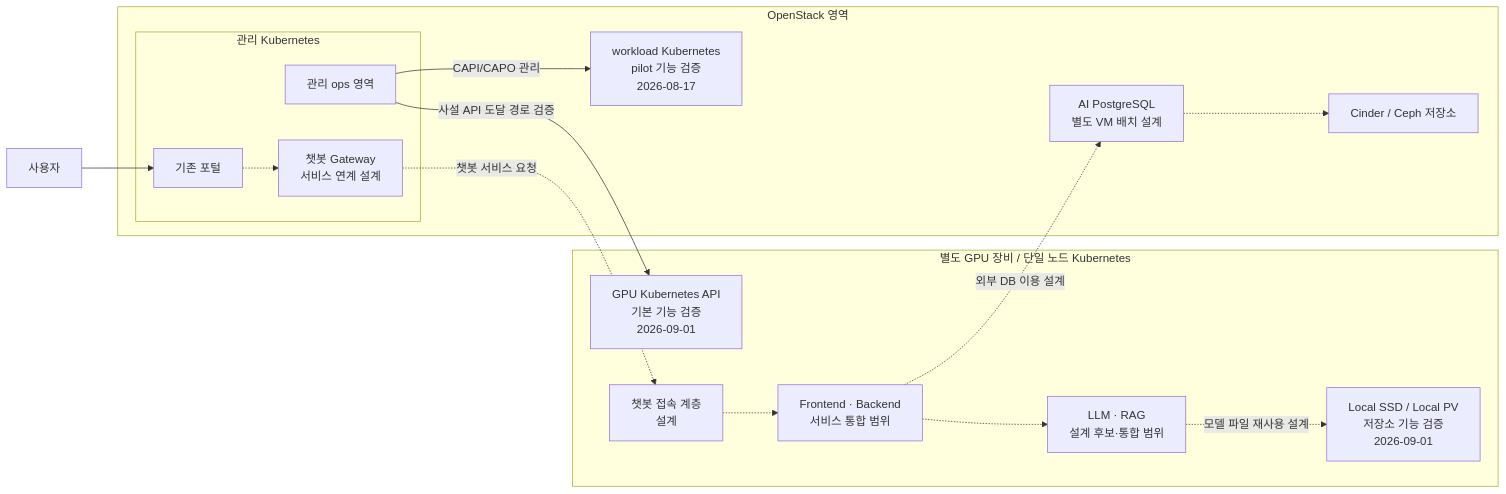
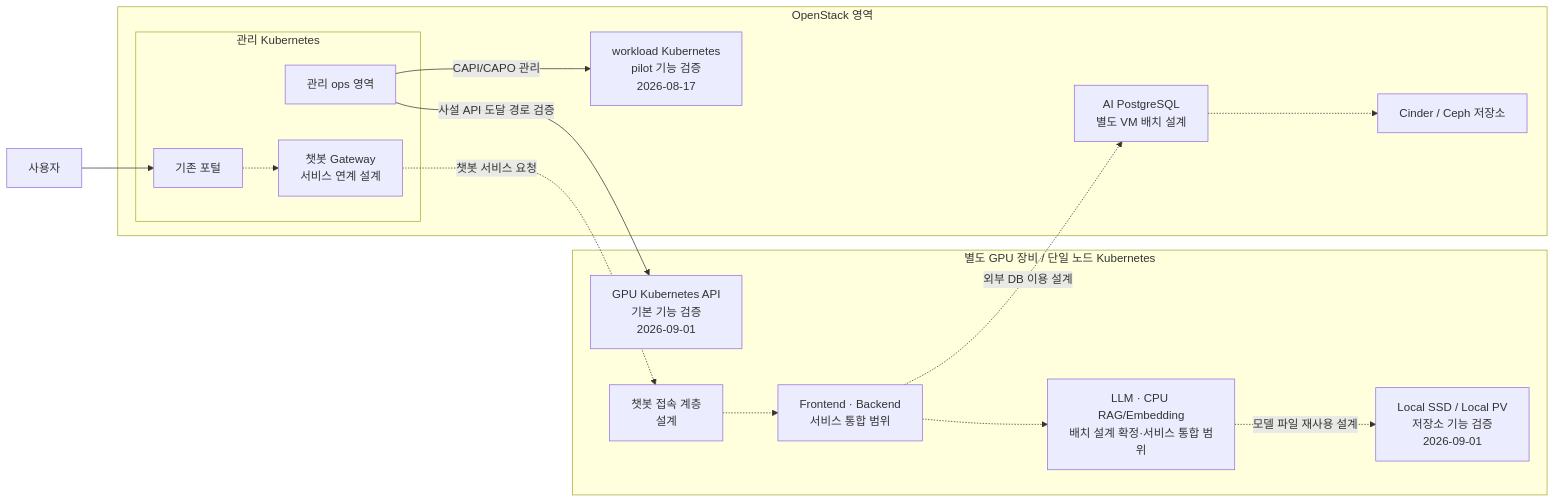
The diagram in diagrams/03-openstack-kubernetes-gpu.md (seungyeobchoi/portfolio), drawn with Mermaid before and after one commit. The commit also changed other lines of this file and 12 other files, not shown here.

First line of the commit message:
docs: consolidate AI architecture and portfolio navigation

````diff
--- a/diagrams/03-openstack-kubernetes-gpu.md
+++ b/diagrams/03-openstack-kubernetes-gpu.md
@@ -5,31 +7,31 @@
 ```mermaid
 flowchart LR
     U["사용자"]
     subgraph OS["OpenStack 영역"]
         subgraph MG["관리 Kubernetes"]
             PORTAL["기존 포털"]
             OPS["관리 ops 영역"]
             GW["챗봇 Gateway<br/>서비스 연계 설계"]
         end
         WC["workload Kubernetes<br/>pilot 기능 검증<br/>2026-08-17"]
         DB["AI PostgreSQL<br/>별도 VM 배치 설계"]
         VOL["Cinder / Ceph 저장소"]
     end
     subgraph GPU["별도 GPU 장비 / 단일 노드 Kubernetes"]
         GAPI["GPU Kubernetes API<br/>기본 기능 검증<br/>2026-09-01"]
         EDGE["챗봇 접속 계층<br/>설계"]
         APP["Frontend · Backend<br/>서비스 통합 범위"]
-        MODEL["LLM · RAG<br/>설계 후보·통합 범위"]
+        MODEL["LLM · CPU RAG/Embedding<br/>배치 설계 확정·서비스 통합 범위"]
         SSD["Local SSD / Local PV<br/>저장소 기능 검증<br/>2026-09-01"]
     end
     U --> PORTAL
     OPS -->|"CAPI/CAPO 관리"| WC
     OPS -->|"사설 API 도달 경로 검증"| GAPI
     PORTAL -.-> GW
     GW -.->|"챗봇 서비스 요청"| EDGE
     EDGE -.-> APP
     APP -.-> MODEL
     APP -.->|"외부 DB 이용 설계"| DB
     DB -.-> VOL
     MODEL -.->|"모델 파일 재사용 설계"| SSD
 ```
````
